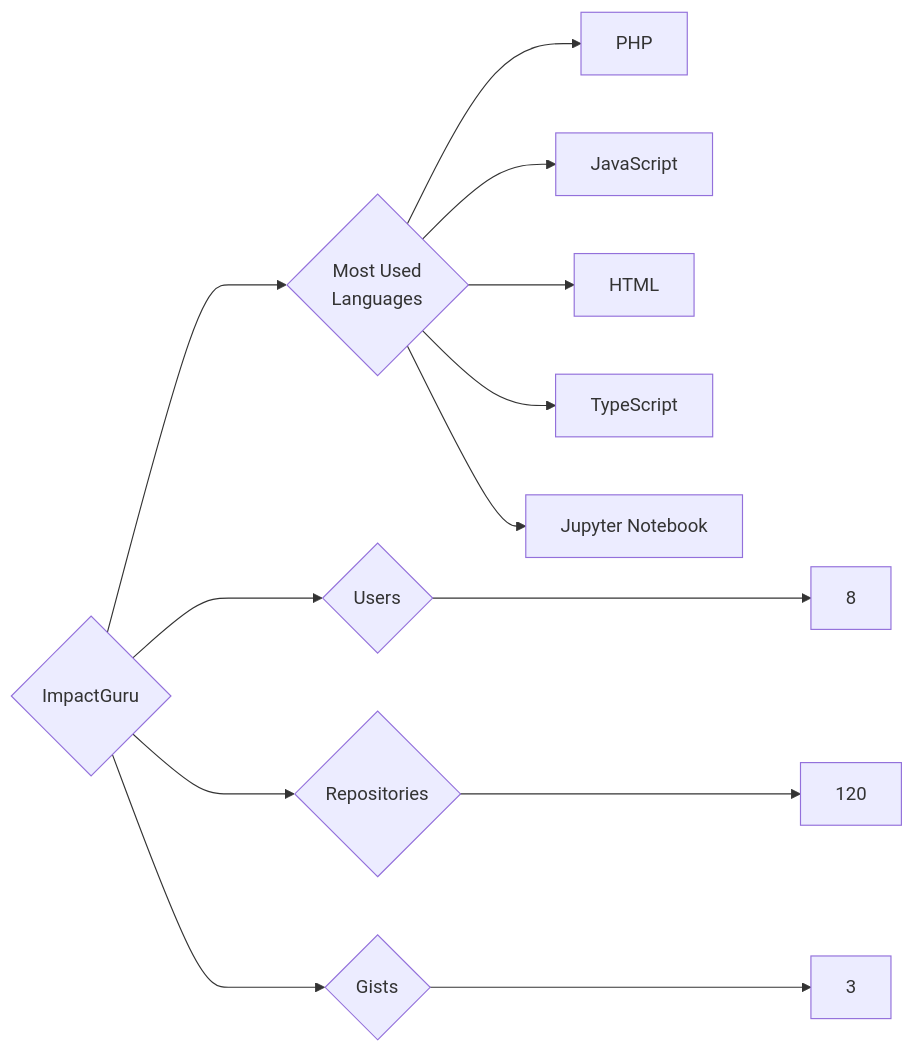
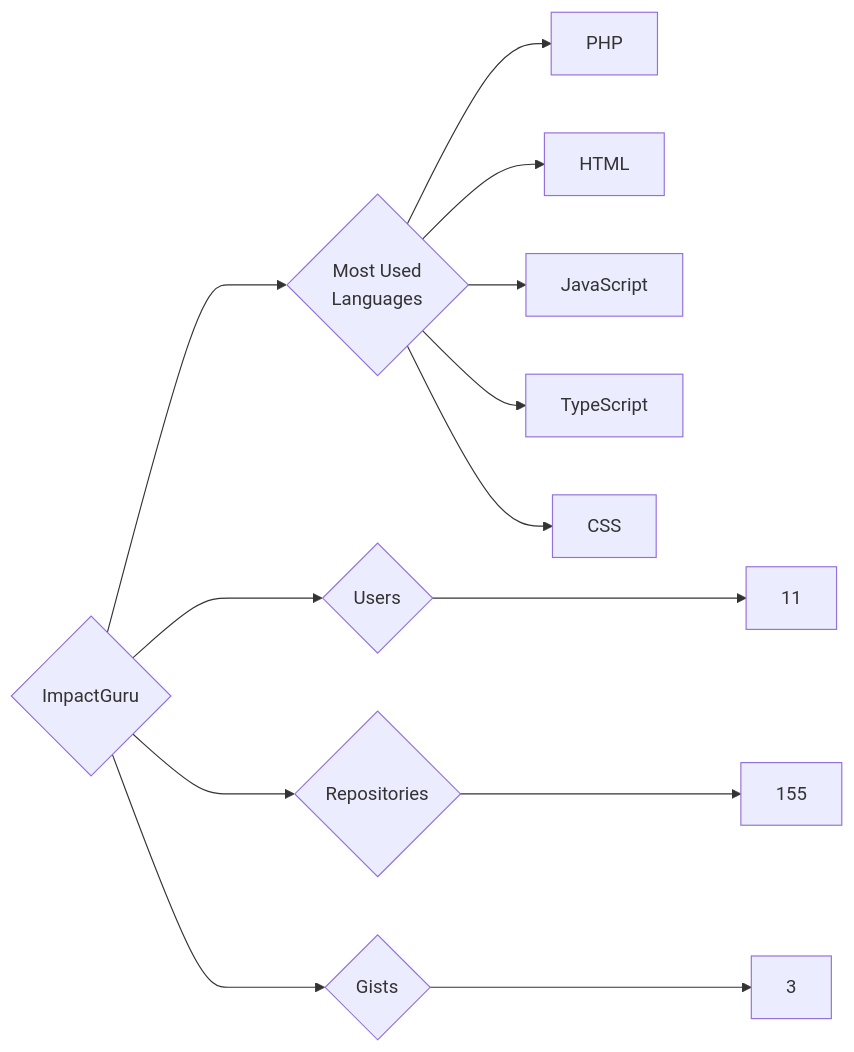
The diagram in targets/ImpactGuru/README.md (trickest/insiders), drawn with Mermaid before and after one commit. The commit also changed 1195 other files, not shown here.

````diff
--- a/targets/ImpactGuru/README.md
+++ b/targets/ImpactGuru/README.md
@@ -3,13 +3,13 @@
 ```mermaid
 graph LR
 COMPANY_NAME{ImpactGuru}
-COMPANY_NAME ---> U{Users} ---> UN[8]
-COMPANY_NAME ---> R{Repositories} ---> RN[120]
+COMPANY_NAME ---> U{Users} ---> UN[11]
+COMPANY_NAME ---> R{Repositories} ---> RN[155]
 COMPANY_NAME ---> G{Gists} ---> GN[3]
 COMPANY_NAME ---> ML{Most Used<br>Languages}
 ML --> PHP[PHP]
+ML --> HTML[HTML]
 ML --> JavaScript[JavaScript]
-ML --> HTML[HTML]
 ML --> TypeScript[TypeScript]
-ML --> Jupyter_Notebook[Jupyter Notebook]
+ML --> CSS[CSS]
 ```
````
